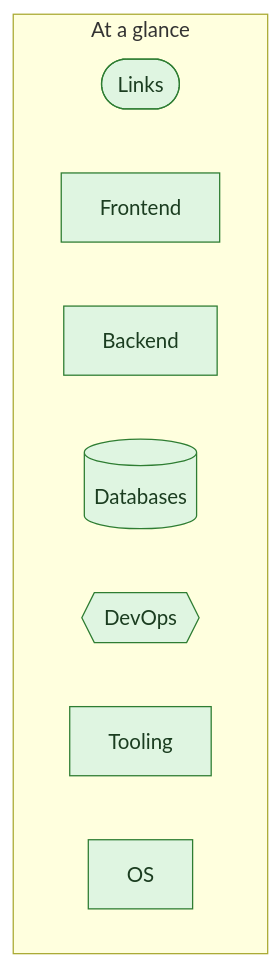
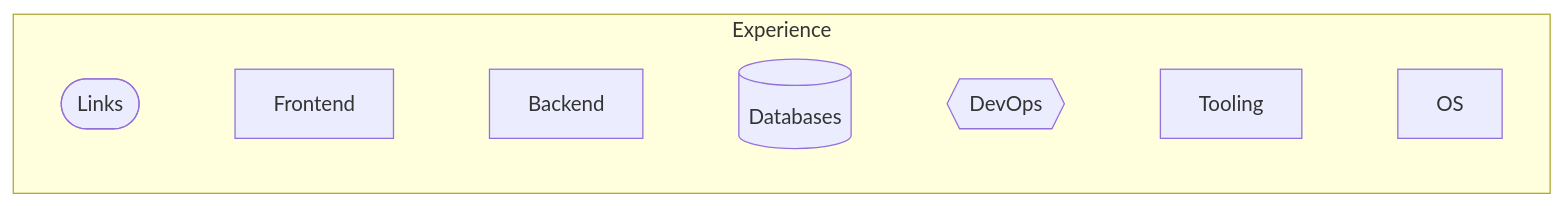
Before and after one commit to cooperability/cooperability: the diagram in README.md, drawn with Mermaid. The commit also changed other lines of this file, not shown here.

First line of the commit message:
docs: replace README mermaid RFC with a glance skillset row

````diff
--- a/README.md
+++ b/README.md
@@ -5,15 +62,7 @@
 ```mermaid
 flowchart LR
-  classDef built fill:#dff5e1,stroke:#2e7d32,color:#1b3d20
-
-  subgraph skills ["At a glance"]
+  subgraph skills ["Experience"]
     direction LR
-    links(["Links"]):::built
-    fe["Frontend"]:::built
-    be["Backend"]:::built
-    db[("Databases")]:::built
-    ops{{"DevOps"}}:::built
-    tools["Tooling"]:::built
-    os["OS"]:::built
+    links(["Links"]) ~~~ fe["Frontend"] ~~~ be["Backend"] ~~~ db[("Databases")] ~~~ ops{{"DevOps"}} ~~~ tools["Tooling"] ~~~ os["OS"]
   end
 ```
````
